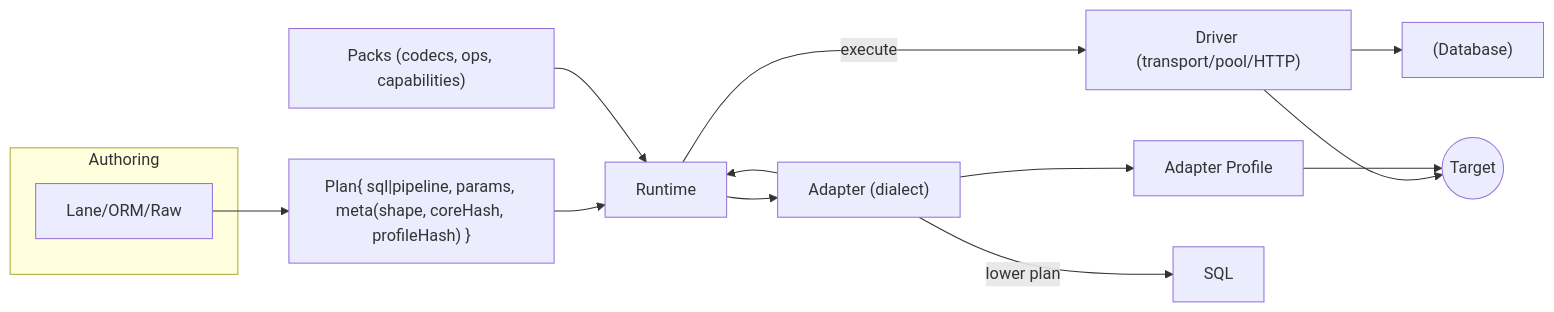
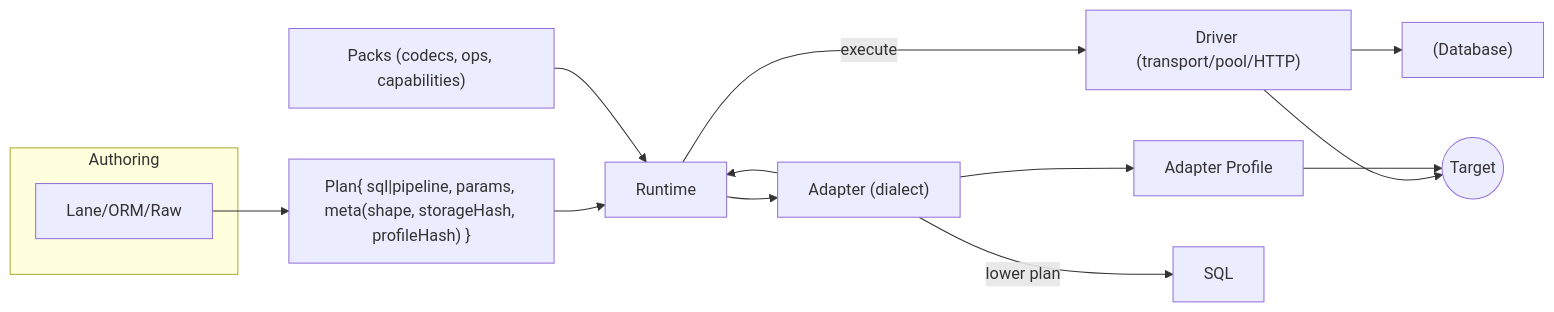
Before and after one commit to prisma/prisma-next: the first of 3 diagrams in docs/architecture docs/subsystems/5. Adapters & Targets.md, drawn with Mermaid. The commit also changed other lines of this file and 262 other files, not shown here.

````diff
--- a/docs/architecture docs/subsystems/5. Adapters & Targets.md
+++ b/docs/architecture docs/subsystems/5. Adapters & Targets.md
@@ -12,27 +12,27 @@
 ```mermaid
 graph LR
   subgraph Authoring
     L[Lane/ORM/Raw]
   end
-  P["Plan{ sql|pipeline, params, meta(shape, coreHash, profileHash) }"]
+  P["Plan{ sql|pipeline, params, meta(shape, storageHash, profileHash) }"]
   R[Runtime]
   A["Adapter (dialect)"]
   Prof[Adapter Profile]
   D["Driver (transport/pool/HTTP)"]
   DB["(Database)"]
   X["Packs (codecs, ops, capabilities)"]
 	T((Target))
 	N["SQL"]
 
   L --> P
   P --> R
   X --> R
   A --> Prof
 	A --> |lower plan| N
   R --> A
   A --> R
   R -->|execute| D
   D --> DB
 	D --> T
 	Prof --> T
 ```
````
